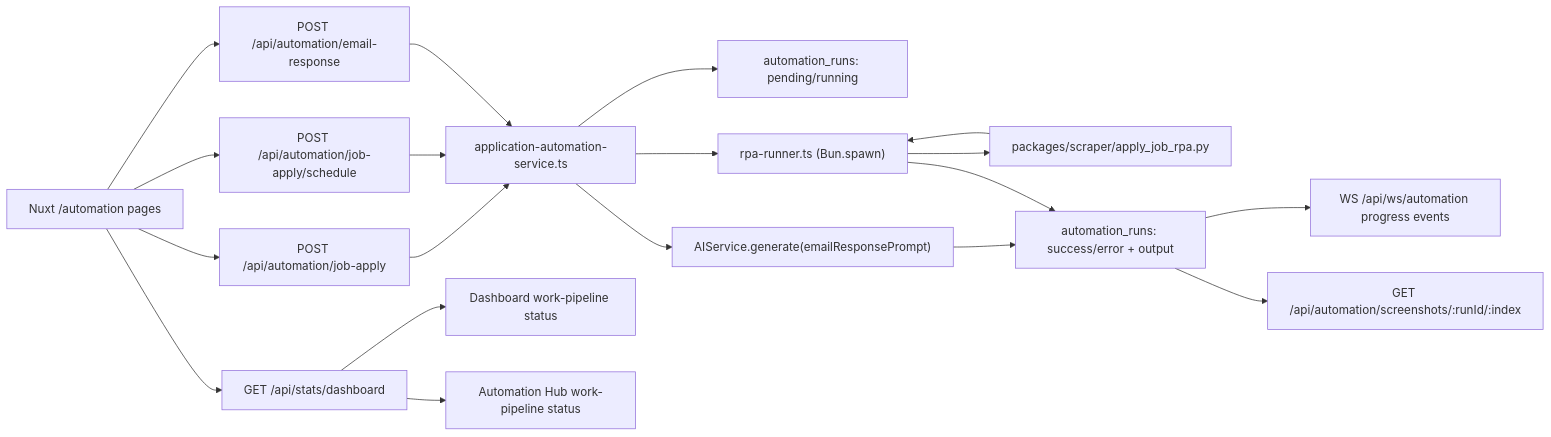
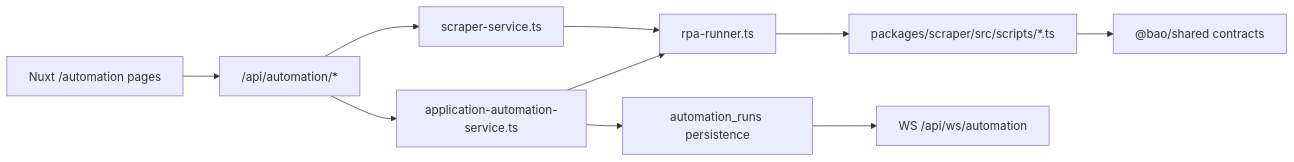
The diagram in docs/AUTOMATION.md (d4551/baobuildbuddy), drawn with Mermaid before and after one commit. The commit also changed other lines of this file and 287 other files, not shown here.

````diff
--- a/docs/AUTOMATION.md
+++ b/docs/AUTOMATION.md
@@ -101,21 +23,12 @@
 ```mermaid
 flowchart LR
-  UI["Nuxt /automation pages"] --> JobAPI["POST /api/automation/job-apply"]
-  UI --> ScheduleAPI["POST /api/automation/job-apply/schedule"]
-  UI --> EmailAPI["POST /api/automation/email-response"]
-  UI --> StatsAPI["GET /api/stats/dashboard"]
-  JobAPI --> Service["application-automation-service.ts"]
-  ScheduleAPI --> Service
-  EmailAPI --> Service
-  StatsAPI --> DashboardPipeline["Dashboard work-pipeline status"]
-  StatsAPI --> AutomationPipeline["Automation Hub work-pipeline status"]
-  Service --> PersistStart["automation_runs: pending/running"]
-  Service --> Runner["rpa-runner.ts (Bun.spawn)"]
-  Runner --> Script["packages/scraper/apply_job_rpa.py"]
-  Script --> Runner
-  Service --> EmailGen["AIService.generate(emailResponsePrompt)"]
-  EmailGen --> PersistDone["automation_runs: success/error + output"]
-  Runner --> PersistDone
-  PersistDone --> WS["WS /api/ws/automation progress events"]
-  PersistDone --> Screens["GET /api/automation/screenshots/:runId/:index"]
+  UI["Nuxt /automation pages"] --> API["/api/automation/*"]
+  API --> Service["application-automation-service.ts"]
+  API --> ScraperService["scraper-service.ts"]
+  Service --> Runner["rpa-runner.ts"]
+  ScraperService --> Runner
+  Runner --> Scripts["packages/scraper/src/scripts/*.ts"]
+  Scripts --> Shared["@bao/shared contracts"]
+  Service --> Runs["automation_runs persistence"]
+  Runs --> WS["WS /api/ws/automation"]
 ```
````
